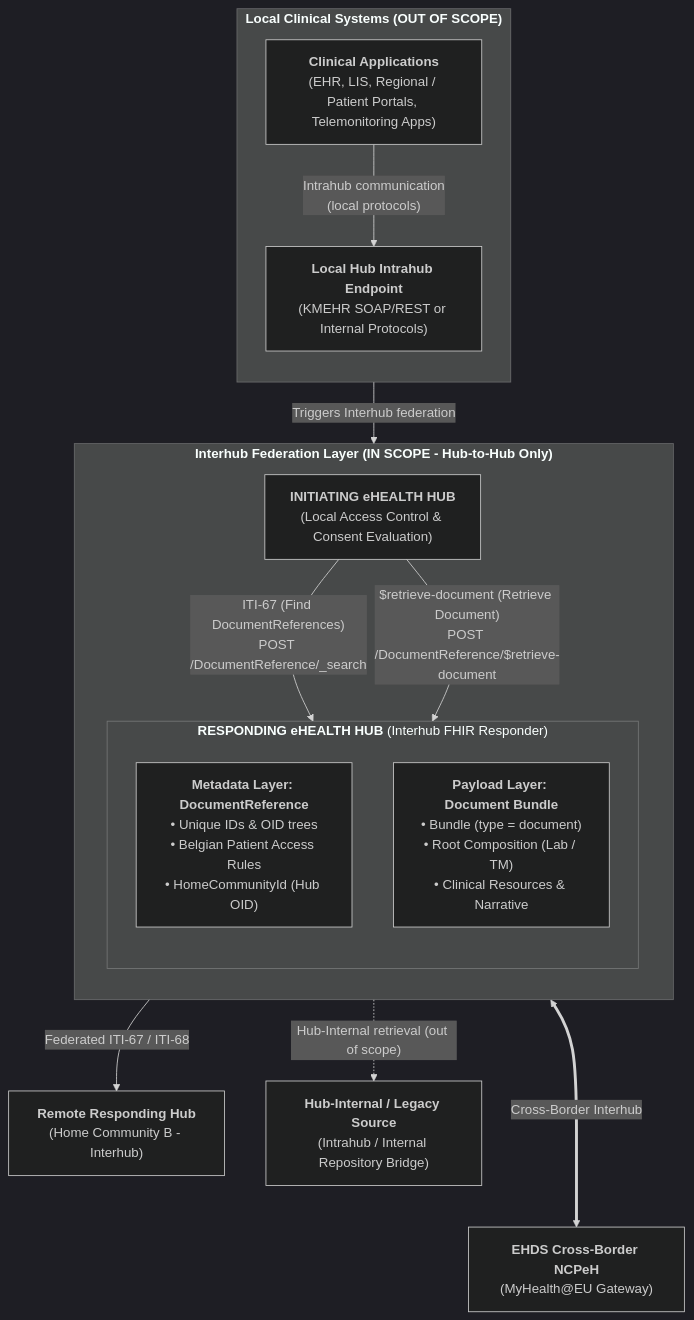
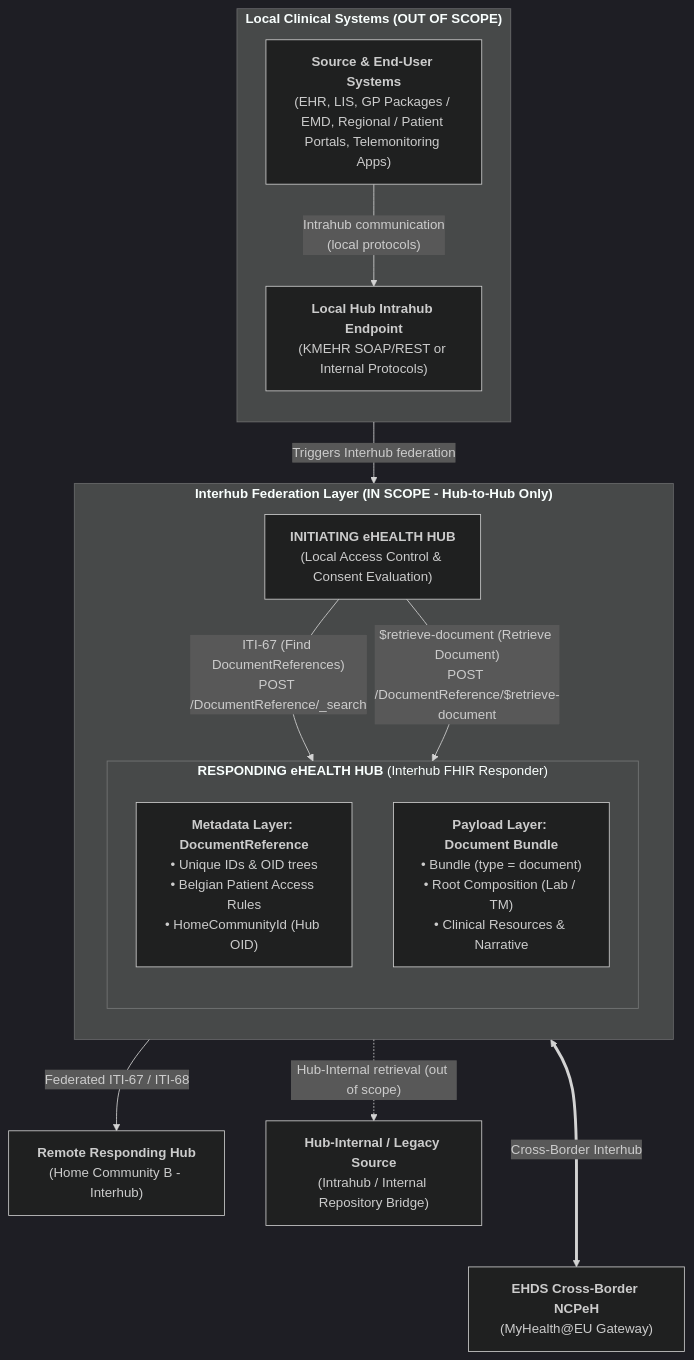
Before and after one commit to nhermab/fhir-ehealthhub-simulator-viewer: the second of 3 diagrams in public/ig/architecture.md, drawn with Mermaid (dark theme). The commit also changed other lines of this file and 35 other files, not shown here.

````diff
--- a/public/ig/architecture.md
+++ b/public/ig/architecture.md
@@ -98,32 +144,32 @@
 ```mermaid
 flowchart TD
     subgraph OutOfScope["<b>Local Clinical Systems (OUT OF SCOPE)</b>"]
         direction TB
-        ClinApp["<b>Clinical Applications</b><br/>(EHR, LIS, Regional / Patient Portals, Telemonitoring Apps)"]
+        ClinApp["<b>Source & End-User Systems</b><br/>(EHR, LIS, GP Packages / EMD, Regional / Patient Portals, Telemonitoring Apps)"]
         IntraEP["<b>Local Hub Intrahub Endpoint</b><br/>(KMEHR SOAP/REST or Internal Protocols)"]
         ClinApp -->|"Intrahub communication<br/>(local protocols)"| IntraEP
     end
 
     subgraph InScope["<b>Interhub Federation Layer (IN SCOPE - Hub-to-Hub Only)</b>"]
         direction TB
         InitHub["<b>INITIATING eHEALTH HUB</b><br/>(Local Access Control & Consent Evaluation)"]
-        
+
         subgraph Responder["<b>RESPONDING eHEALTH HUB</b> (Interhub FHIR Responder)"]
             direction TB
             MetaLayer["<b>Metadata Layer: DocumentReference</b><br/>• Unique IDs & OID trees<br/>• Belgian Patient Access Rules<br/>• HomeCommunityId (Hub OID)"]
             PayloadLayer["<b>Payload Layer: Document Bundle</b><br/>• Bundle (type = document)<br/>• Root Composition (Lab / TM)<br/>• Clinical Resources & Narrative"]
         end
 
         InitHub -->|"ITI-67 (Find DocumentReferences)<br/>POST /DocumentReference/_search"| MetaLayer
         InitHub -->|"$retrieve-document (Retrieve Document)<br/>POST /DocumentReference/$retrieve-document"| PayloadLayer
     end
 
     RemoteHub["<b>Remote Responding Hub</b><br/>(Home Community B - Interhub)"]
     LegacySource["<b>Hub-Internal / Legacy Source</b><br/>(Intrahub / Internal Repository Bridge)"]
     EHDS["<b>EHDS Cross-Border NCPeH</b><br/>(MyHealth@EU Gateway)"]
 
     IntraEP -->|"Triggers Interhub federation"| InitHub
     Responder -->|"Federated ITI-67 / ITI-68"| RemoteHub
     Responder -.->|"Hub-Internal retrieval (out of scope)"| LegacySource
     Responder <===>|"Cross-Border Interhub"| EHDS
 ```
````
